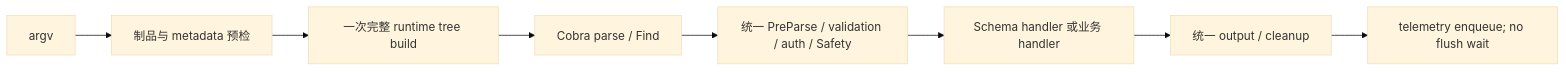
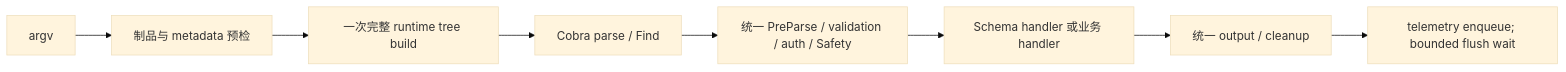
One commit to DingTalk-Real-AI/dingtalk-workspace-cli changed the diagram in docs/plan-command-framework-performance.md. Above: the diagram before and after it, drawn with Mermaid (base theme). The commit also changed other lines of this file and 17 other files, not shown here.

First line of the commit message:
fix: restore local Schema cache identity without compile-time seal

````diff
--- a/docs/plan-command-framework-performance.md
+++ b/docs/plan-command-framework-performance.md
@@ -9,10 +9,10 @@
 ```mermaid
 flowchart LR
     A[argv] --> P[制品与 metadata 预检]
     P --> B[一次完整 runtime tree build]
     B --> C[Cobra parse / Find]
     C --> D[统一 PreParse / validation / auth / Safety]
     D --> E[Schema handler 或业务 handler]
     E --> F[统一 output / cleanup]
-    F --> G[telemetry enqueue; no flush wait]
+    F --> G[telemetry enqueue; bounded flush wait]
 ```
````
